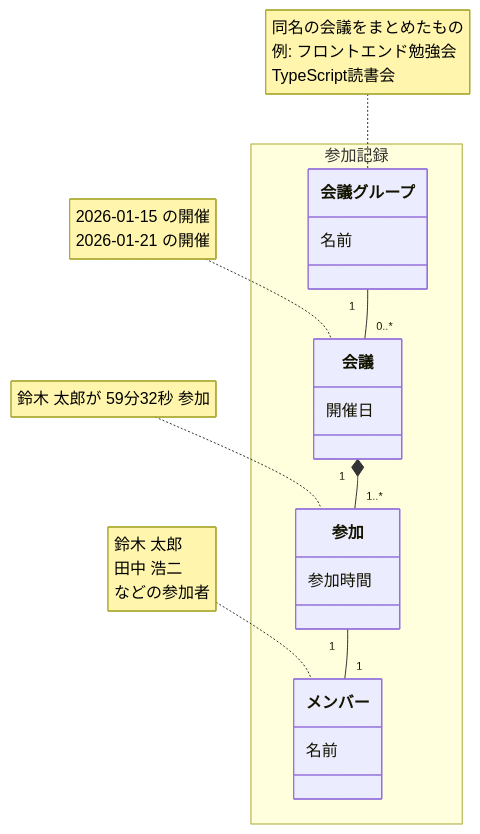
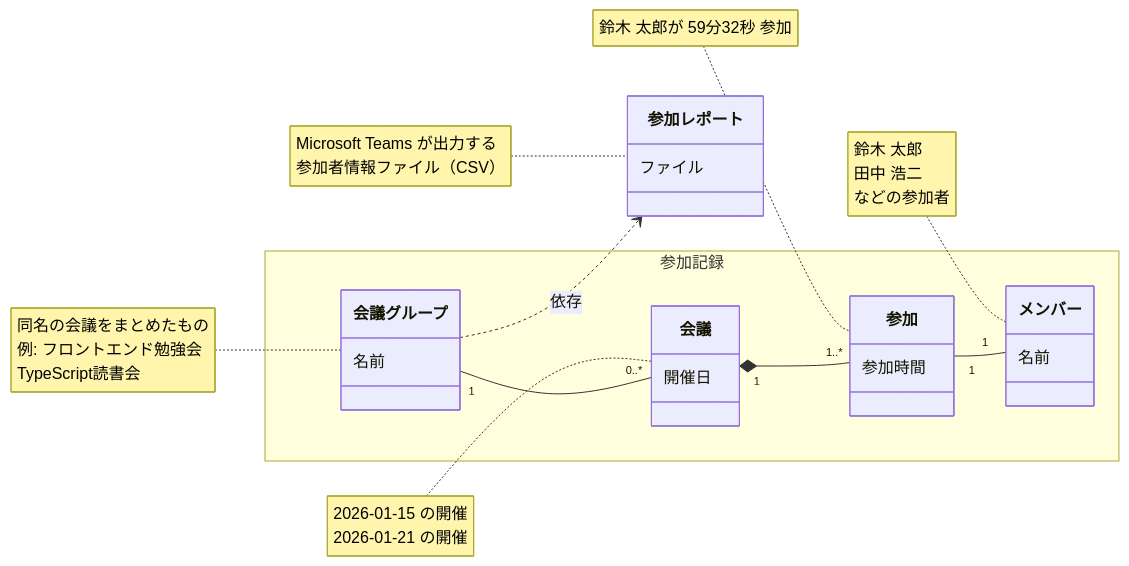
One commit to nuitsjp/teams-board changed the first of 3 diagrams in docs/index.md. Above: the diagram before and after it, drawn with Mermaid. The commit also changed other lines of this file and 6 other files, not shown here.

````diff
--- a/docs/index.md
+++ b/docs/index.md
@@ -12,26 +12,34 @@
 ```mermaid
 classDiagram
+    direction LR
+
+    class 参加レポート {
+        ファイル
+    }
+
     namespace 参加記録 {
         class 会議グループ {
             名前
         }
         class メンバー {
             名前
         }
         class 会議 {
             開催日
         }
         class 参加 {
             参加時間
         }
     }
 
+    会議グループ ..> 参加レポート : 依存
     会議グループ "1" -- "0..*" 会議
     会議 "1" *-- "1..*" 参加
     参加 "1" -- "1" メンバー
 
+    note for 参加レポート "Microsoft Teams が出力する<br/>参加者情報ファイル（CSV）"
     note for 会議グループ "同名の会議をまとめたもの<br/>例: フロントエンド勉強会<br/>TypeScript読書会"
     note for メンバー "鈴木 太郎<br/>田中 浩二<br/>などの参加者"
     note for 会議 "2026-01-15 の開催<br/>2026-01-21 の開催"
     note for 参加 "鈴木 太郎が 59分32秒 参加"
 ```
````
